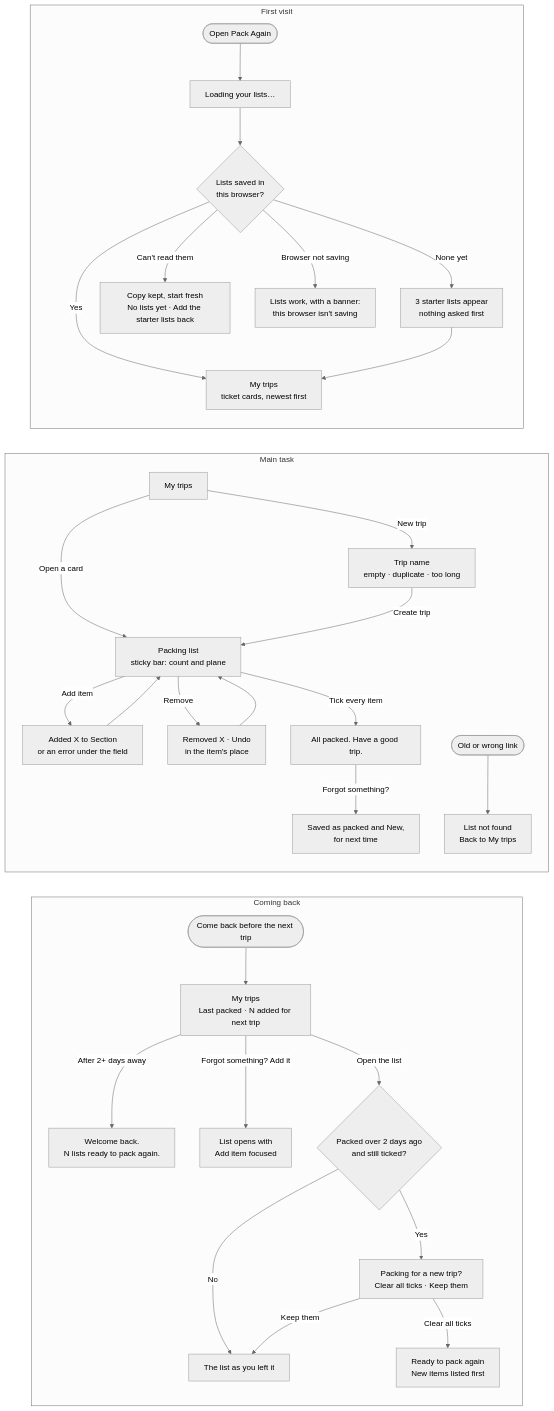
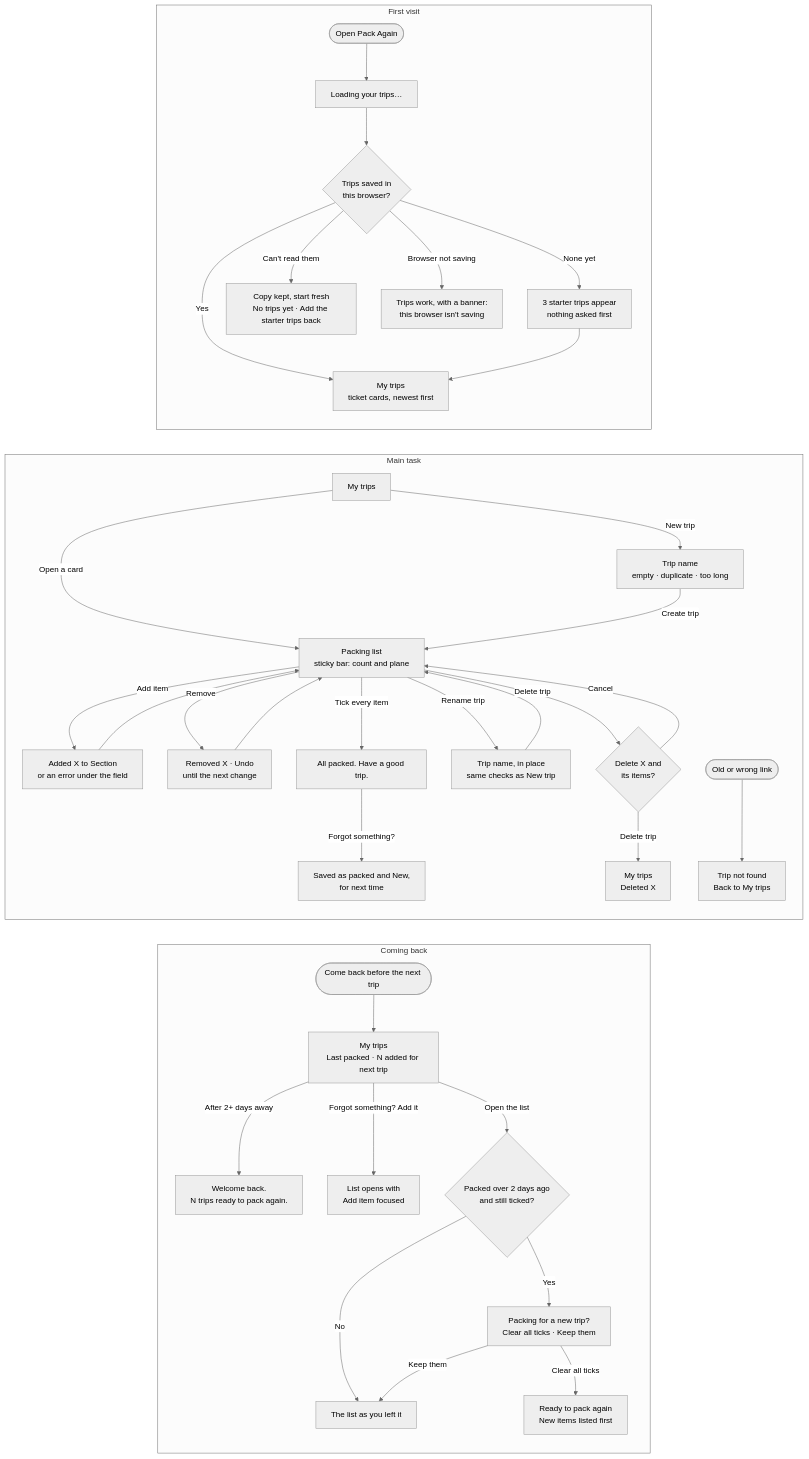
Before and after one commit to aorihuela7/design-assigment3: the diagram in README.md, drawn with Mermaid (neutral theme). The commit also changed other lines of this file and 1 other file, not shown here.

First line of the commit message:
Update README and flows to match the final app

````diff
--- a/README.md
+++ b/README.md
@@ -11,43 +11,48 @@
 ```mermaid
 flowchart TD
   subgraph first["First visit"]
     direction TB
-    A1(["Open Pack Again"]) --> A2["Loading your lists…"]
-    A2 --> A3{"Lists saved in<br/>this browser?"}
-    A3 -- "None yet" --> A4["3 starter lists appear<br/>nothing asked first"]
+    A1(["Open Pack Again"]) --> A2["Loading your trips…"]
+    A2 --> A3{"Trips saved in<br/>this browser?"}
+    A3 -- "None yet" --> A4["3 starter trips appear<br/>nothing asked first"]
     A3 -- "Yes" --> A7
-    A3 -- "Can't read them" --> A5["Copy kept, start fresh<br/>No lists yet · Add the starter lists back"]
-    A3 -- "Browser not saving" --> A6["Lists work, with a banner:<br/>this browser isn't saving"]
+    A3 -- "Can't read them" --> A5["Copy kept, start fresh<br/>No trips yet · Add the starter trips back"]
+    A3 -- "Browser not saving" --> A6["Trips work, with a banner:<br/>this browser isn't saving"]
     A4 --> A7["My trips<br/>ticket cards, newest first"]
   end
 
   subgraph main["Main task"]
     direction TB
     B1["My trips"] -- "Open a card" --> B3["Packing list<br/>sticky bar: count and plane"]
     B1 -- "New trip" --> B2["Trip name<br/>empty · duplicate · too long"]
     B2 -- "Create trip" --> B3
     B3 -- "Add item" --> B4["Added X to Section<br/>or an error under the field"]
     B4 --> B3
-    B3 -- "Remove" --> B5["Removed X · Undo<br/>in the item's place"]
+    B3 -- "Remove" --> B5["Removed X · Undo<br/>until the next change"]
     B5 --> B3
     B3 -- "Tick every item" --> B6["All packed. Have a good trip."]
     B6 -- "Forgot something?" --> B7["Saved as packed and New,<br/>for next time"]
-    B8(["Old or wrong link"]) --> B9["List not found<br/>Back to My trips"]
+    B3 -- "Rename trip" --> B10["Trip name, in place<br/>same checks as New trip"]
+    B10 --> B3
+    B3 -- "Delete trip" --> B11{"Delete X and<br/>its items?"}
+    B11 -- "Cancel" --> B3
+    B11 -- "Delete trip" --> B12["My trips<br/>Deleted X"]
+    B8(["Old or wrong link"]) --> B9["Trip not found<br/>Back to My trips"]
   end
 
   subgraph back["Coming back"]
     direction TB
     C1(["Come back before the next trip"]) --> C2["My trips<br/>Last packed · N added for next trip"]
-    C2 -- "After 2+ days away" --> C3["Welcome back.<br/>N lists ready to pack again."]
+    C2 -- "After 2+ days away" --> C3["Welcome back.<br/>N trips ready to pack again."]
     C2 -- "Forgot something? Add it" --> C7["List opens with<br/>Add item focused"]
     C2 -- "Open the list" --> C4{"Packed over 2 days ago<br/>and still ticked?"}
     C4 -- "Yes" --> C5["Packing for a new trip?<br/>Clear all ticks · Keep them"]
     C4 -- "No" --> C8["The list as you left it"]
     C5 -- "Clear all ticks" --> C6["Ready to pack again<br/>New items listed first"]
     C5 -- "Keep them" --> C8
   end
 
   %% Invisible links stack the three flows top to bottom.
   first ~~~ main
   main ~~~ back
 ```
````
